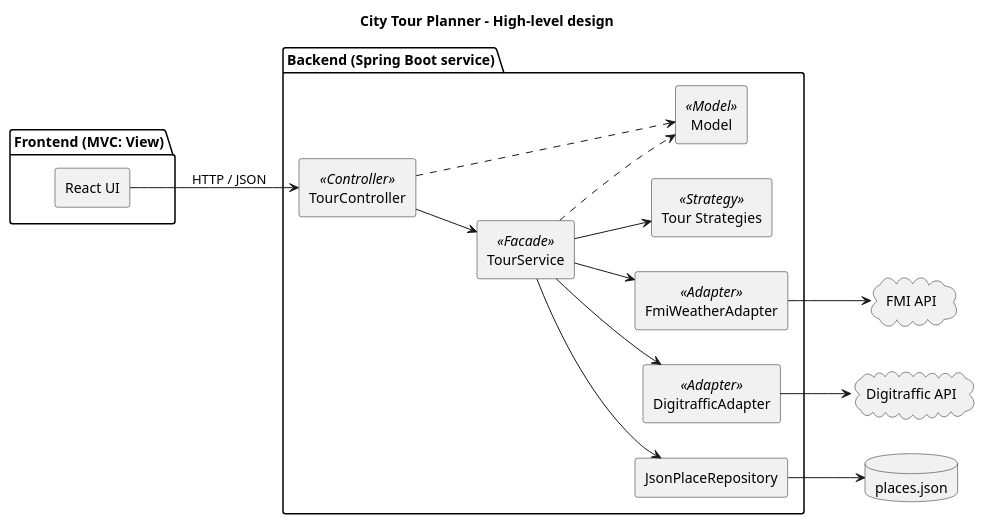
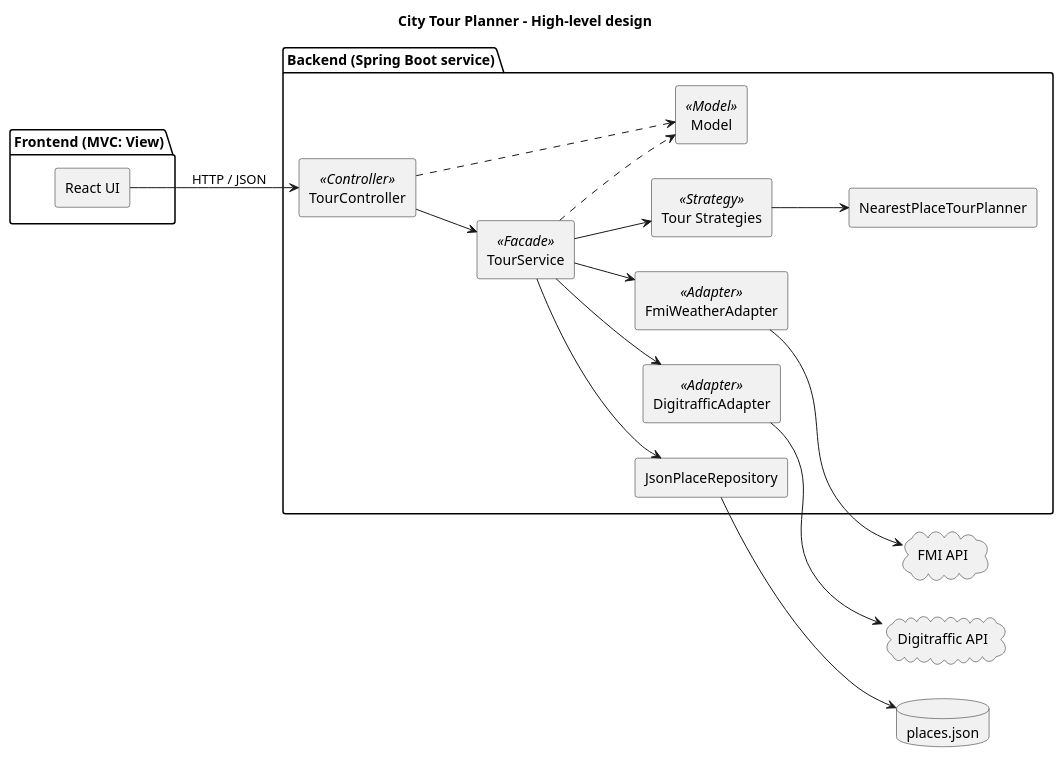
One commit to VSondur123/city-tour-planner changed the diagram in backend/docs/high-level-design.puml. Above: the diagram before and after it, drawn with PlantUML. The commit also changed 29 other files, not shown here.

```diff
--- a/backend/docs/high-level-design.puml
+++ b/backend/docs/high-level-design.puml
@@ -1,35 +1,37 @@
 @startuml high-level-design
 title City Tour Planner - High-level design
 left to right direction
 skinparam componentStyle rectangle
 
 package "Frontend (MVC: View)" {
   [React UI]
 }
 
 package "Backend (Spring Boot service)" {
   [TourController] <<Controller>>
   [TourService] <<Facade>>
   [Tour Strategies] <<Strategy>>
+  [NearestPlaceTourPlanner]
   [Model] <<Model>>
   [FmiWeatherAdapter] <<Adapter>>
   [DigitrafficAdapter] <<Adapter>>
   [JsonPlaceRepository]
 }
 
 cloud "FMI API" as FMI
 cloud "Digitraffic API" as DT
 database "places.json" as JSON
 
 [React UI] --> [TourController] : HTTP / JSON
 [TourController] --> [TourService]
 [TourService] --> [Tour Strategies]
+[Tour Strategies] --> [NearestPlaceTourPlanner]
 [TourService] --> [FmiWeatherAdapter]
 [TourService] --> [DigitrafficAdapter]
 [TourService] --> [JsonPlaceRepository]
 [FmiWeatherAdapter] --> FMI
 [DigitrafficAdapter] --> DT
 [JsonPlaceRepository] --> JSON
 [TourController] ..> [Model]
 [TourService] ..> [Model]
 @enduml
```
